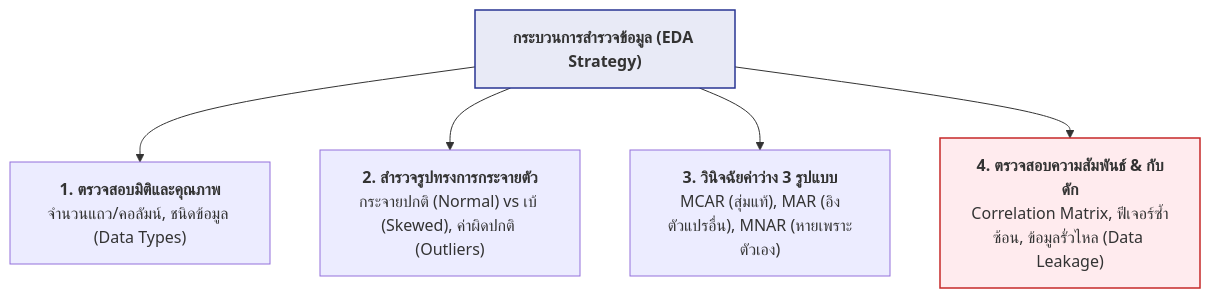
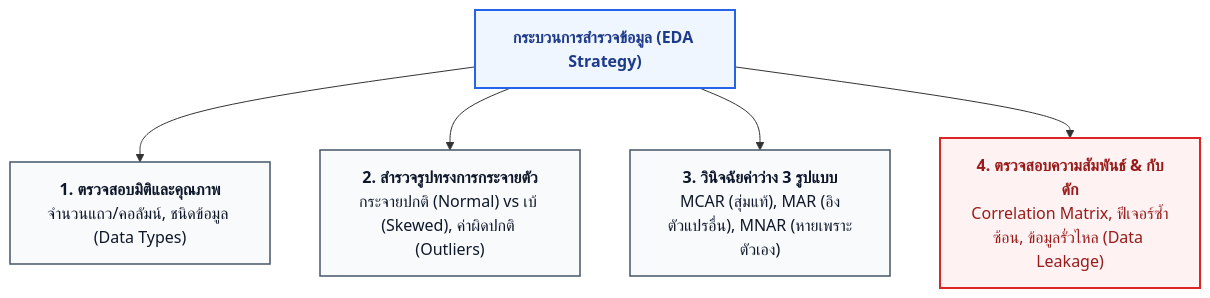
One commit to DataFabric-Academy/ms-fabric-data-science changed the diagram in docs/03-explore-data-eda.md. Above: the diagram before and after it, drawn with Mermaid. The commit also changed 6 other files, not shown here.

````diff
--- a/docs/03-explore-data-eda.md
+++ b/docs/03-explore-data-eda.md
@@ -12,12 +12,17 @@
 ```mermaid
 flowchart TD
     EDA["<b>กระบวนการสำรวจข้อมูล (EDA Strategy)</b>"]
     
     EDA --> StepA["<b>1. ตรวจสอบมิติและคุณภาพ</b><br/>จำนวนแถว/คอลัมน์, ชนิดข้อมูล (Data Types)"]
     EDA --> StepB["<b>2. สำรวจรูปทรงการกระจายตัว</b><br/>กระจายปกติ (Normal) vs เบ้ (Skewed), ค่าผิดปกติ (Outliers)"]
     EDA --> StepC["<b>3. วินิจฉัยค่าว่าง 3 รูปแบบ</b><br/>MCAR (สุ่มแท้), MAR (อิงตัวแปรอื่น), MNAR (หายเพราะตัวเอง)"]
     EDA --> StepD["<b>4. ตรวจสอบความสัมพันธ์ & กับดัก</b><br/>Correlation Matrix, ฟีเจอร์ซ้ำซ้อน, ข้อมูลรั่วไหล (Data Leakage)"]
 
-    style EDA fill:#e8eaf6,stroke:#283593,stroke-width:1.5px
-    style StepD fill:#ffebee,stroke:#c62828,stroke-width:1.5px
+    classDef edaHead fill:#eff6ff,stroke:#2563eb,stroke-width:2px,color:#1e3a8a;
+    classDef edaStep fill:#f8fafc,stroke:#475569,stroke-width:1.5px,color:#0f172a;
+    classDef edaAlert fill:#fef2f2,stroke:#dc2626,stroke-width:2px,color:#991b1b;
+
+    class EDA edaHead;
+    class StepA,StepB,StepC edaStep;
+    class StepD edaAlert;
 ```
````
